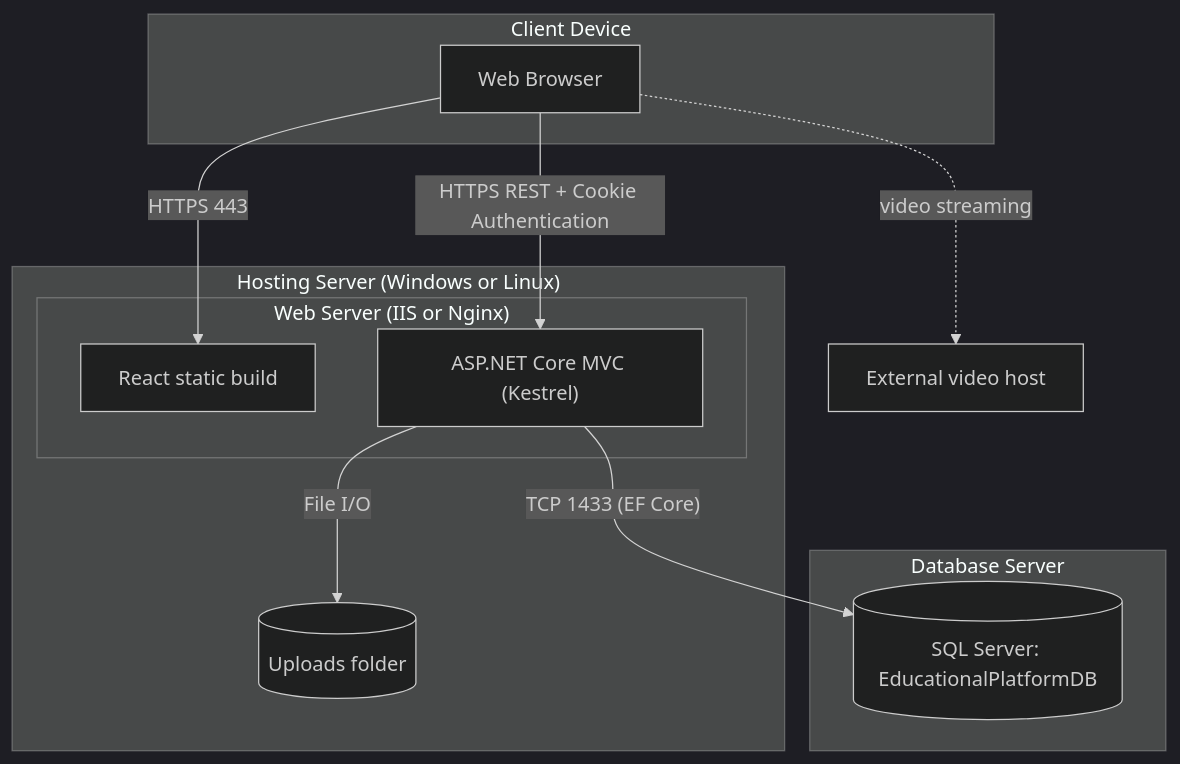
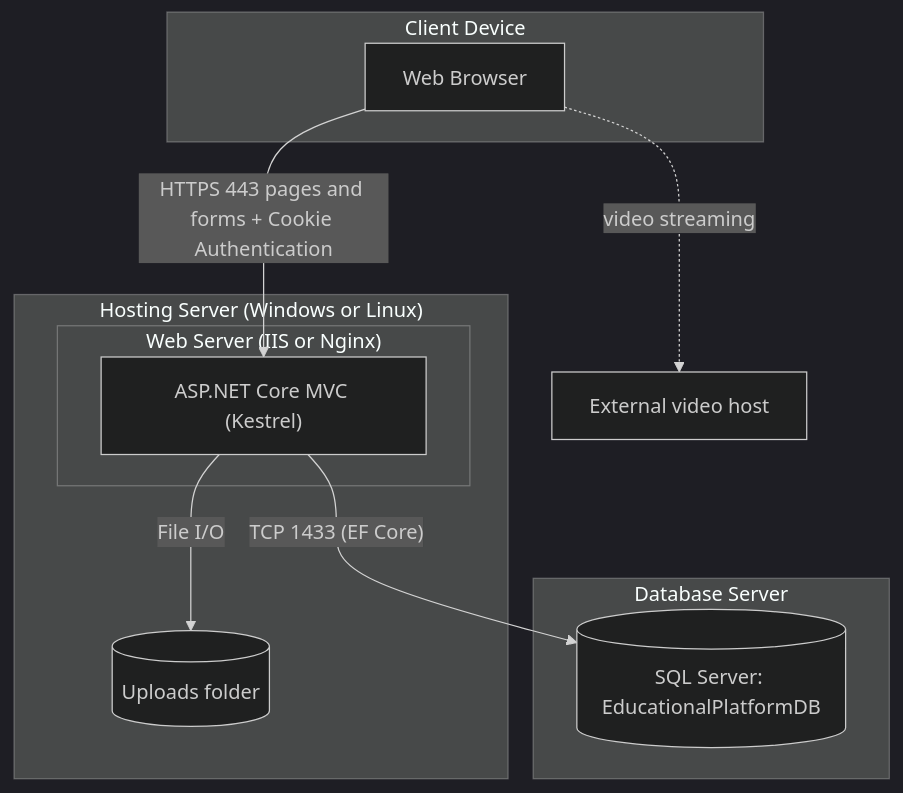
Before and after one commit to MohamedHany1n/Educational-Platform: the second of 2 diagrams in docs/4-analysis-design/12-deployment-integration.md, drawn with Mermaid (dark theme). The commit also changed other lines of this file and 28 other files, not shown here.

````diff
--- a/docs/4-analysis-design/12-deployment-integration.md
+++ b/docs/4-analysis-design/12-deployment-integration.md
@@ -52,26 +51,24 @@
 ```mermaid
 flowchart TB
     subgraph CL["Client Device"]
         BR["Web Browser"]
     end
 
     subgraph HOST["Hosting Server (Windows or Linux)"]
         subgraph WEB["Web Server (IIS or Nginx)"]
-            SPA["React static build"]
             API["ASP.NET Core MVC (Kestrel)"]
         end
         UP[("Uploads folder")]
     end
 
     subgraph DBS["Database Server"]
         SQL[("SQL Server: EducationalPlatformDB")]
     end
 
     VID["External video host"]
 
-    BR -- "HTTPS 443" --> SPA
-    BR -- "HTTPS REST + Cookie Authentication" --> API
+    BR -- "HTTPS 443 pages and forms + Cookie Authentication" --> API
     API -- "TCP 1433 (EF Core)" --> SQL
     API -- "File I/O" --> UP
     BR -. "video streaming" .-> VID
 ```
````
